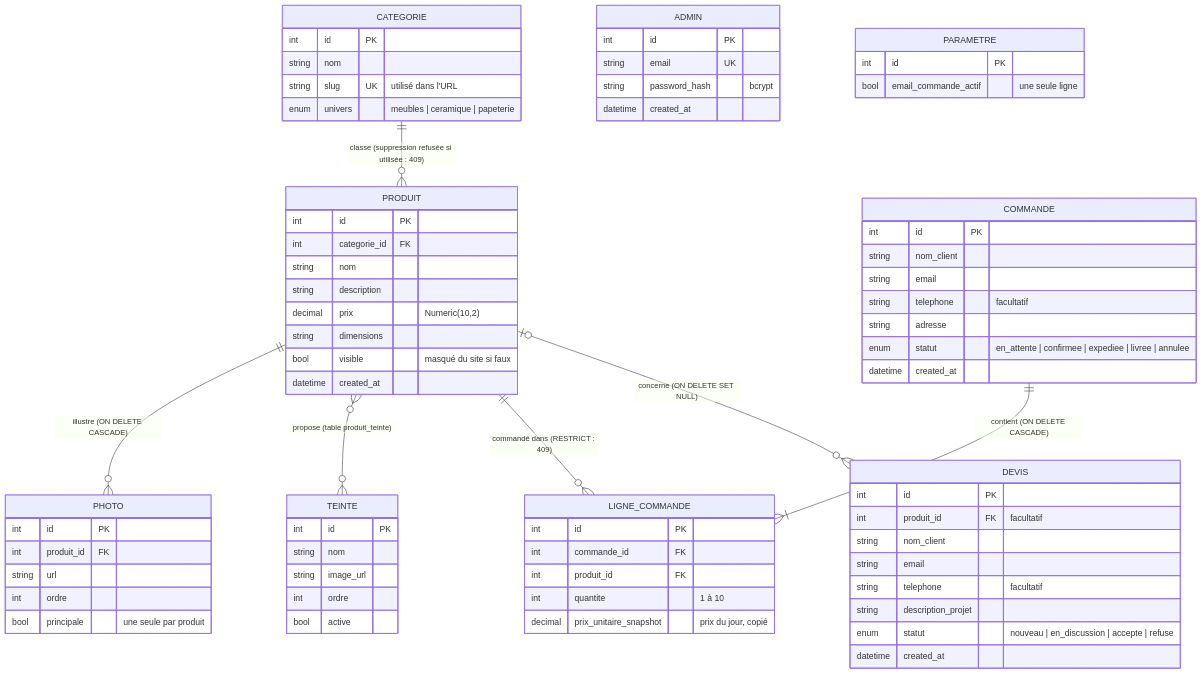
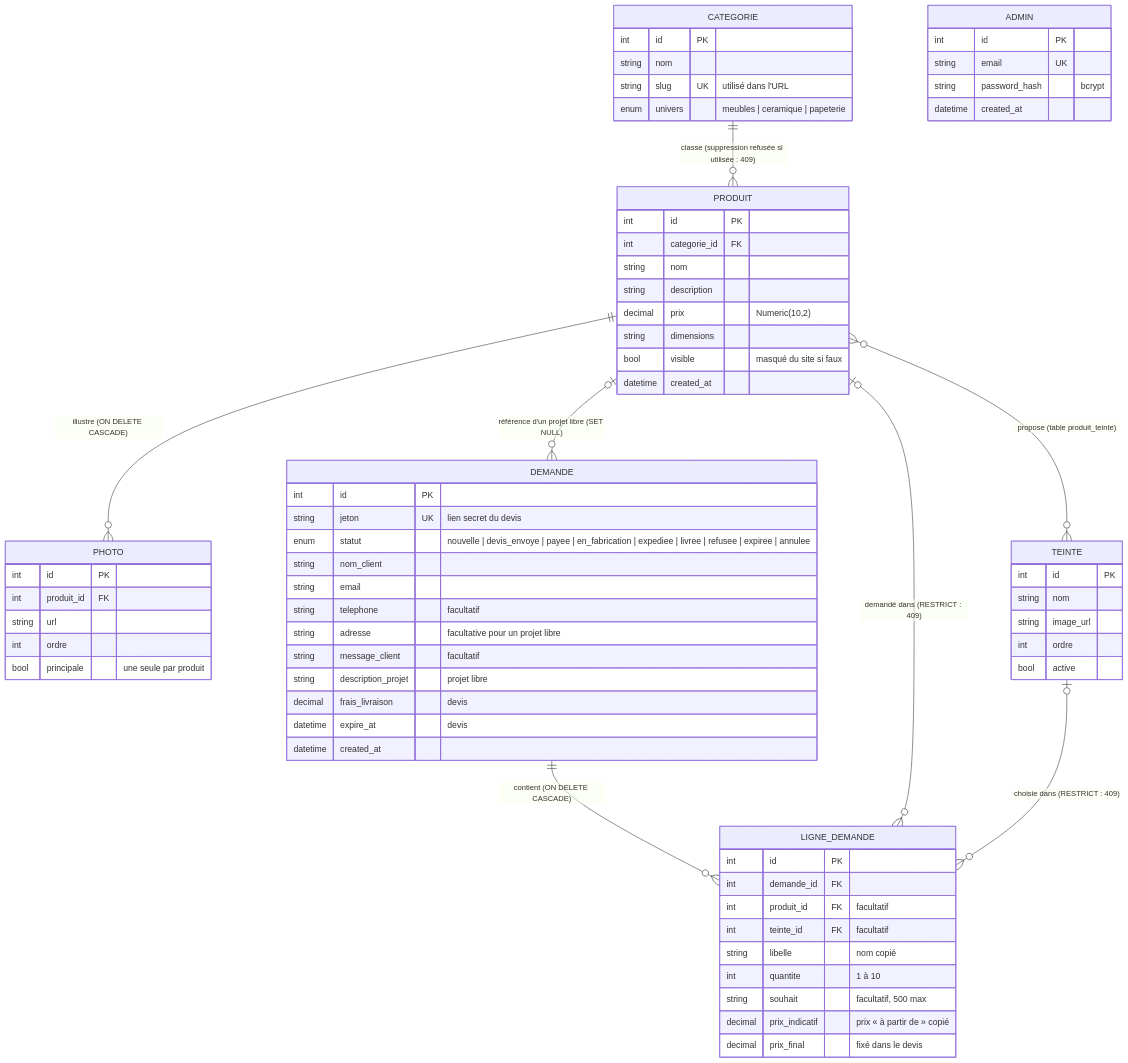
Before and after one commit to rmxpvl/Maison_Guillard: the second of 2 diagrams in README.md, drawn with Mermaid. The commit also changed other lines of this file and 1 other file, not shown here.

Commit message:
docs: document the demande flow, secret link and SITE_URL

````diff
--- a/README.md
+++ b/README.md
@@ -144,76 +134,72 @@
 ```mermaid
 erDiagram
     CATEGORIE ||--o{ PRODUIT : "classe (suppression refusée si utilisée : 409)"
     PRODUIT ||--o{ PHOTO : "illustre (ON DELETE CASCADE)"
-    COMMANDE ||--|{ LIGNE_COMMANDE : "contient (ON DELETE CASCADE)"
+    DEMANDE ||--o{ LIGNE_DEMANDE : "contient (ON DELETE CASCADE)"
     PRODUIT }o--o{ TEINTE : "propose (table produit_teinte)"
-    PRODUIT ||--o{ LIGNE_COMMANDE : "commandé dans (RESTRICT : 409)"
-    PRODUIT |o--o{ DEVIS : "concerne (ON DELETE SET NULL)"
+    PRODUIT |o--o{ LIGNE_DEMANDE : "demandé dans (RESTRICT : 409)"
+    TEINTE |o--o{ LIGNE_DEMANDE : "choisie dans (RESTRICT : 409)"
+    PRODUIT |o--o{ DEMANDE : "référence d'un projet libre (SET NULL)"
 
     ADMIN {
         int id PK
         string email UK
         string password_hash "bcrypt"
         datetime created_at
     }
     CATEGORIE {
         int id PK
         string nom
         string slug UK "utilisé dans l'URL"
         enum univers "meubles | ceramique | papeterie"
     }
     TEINTE {
         int id PK
         string nom
         string image_url
         int ordre
         bool active
     }
     PRODUIT {
         int id PK
         int categorie_id FK
         string nom
         string description
         decimal prix "Numeric(10,2)"
         string dimensions
         bool visible "masqué du site si faux"
         datetime created_at
     }
     PHOTO {
         int id PK
         int produit_id FK
         string url
         int ordre
         bool principale "une seule par produit"
     }
-    COMMANDE {
+    DEMANDE {
         int id PK
+        string jeton UK "lien secret du devis"
+        enum statut "nouvelle | devis_envoye | payee | en_fabrication | expediee | livree | refusee | expiree | annulee"
         string nom_client
         string email
         string telephone "facultatif"
-        string adresse
-        enum statut "en_attente | confirmee | expediee | livree | annulee"
+        string adresse "facultative pour un projet libre"
+        string message_client "facultatif"
+        string description_projet "projet libre"
+        decimal frais_livraison "devis"
+        datetime expire_at "devis"
         datetime created_at
     }
-    LIGNE_COMMANDE {
+    LIGNE_DEMANDE {
         int id PK
-        int commande_id FK
-        int produit_id FK
+        int demande_id FK
+        int produit_id FK "facultatif"
+        int teinte_id FK "facultatif"
+        string libelle "nom copié"
         int quantite "1 à 10"
-        decimal prix_unitaire_snapshot "prix du jour, copié"
-    }
-    DEVIS {
-        int id PK
-        int produit_id FK "facultatif"
-        string nom_client
-        string email
-        string telephone "facultatif"
-        string description_projet
-        enum statut "nouveau | en_discussion | accepte | refuse"
-        datetime created_at
-    }
-    PARAMETRE {
-        int id PK
-        bool email_commande_actif "une seule ligne"
+        string souhait "facultatif, 500 max"
+        decimal prix_indicatif "prix « à partir de » copié"
+        decimal prix_final "fixé dans le devis"
     }
 ```
````
